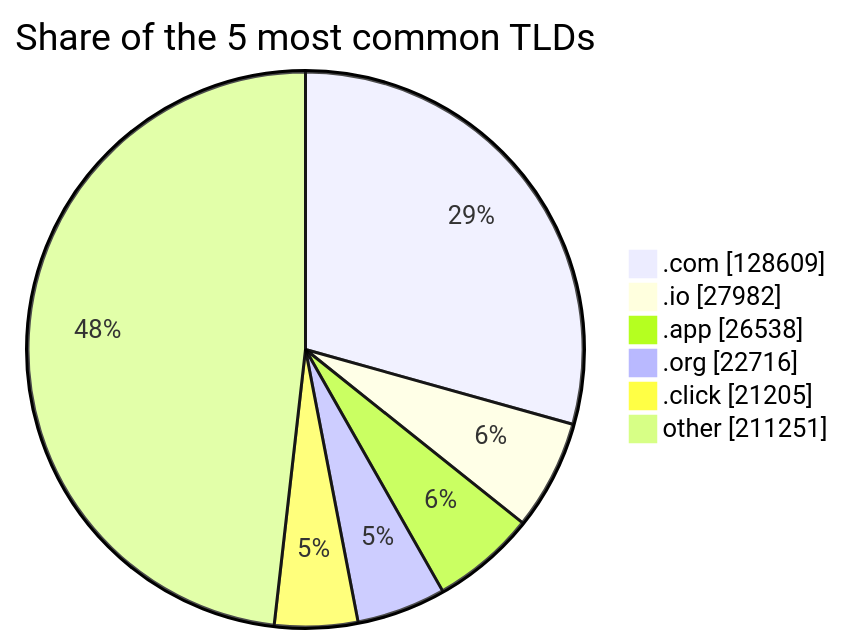
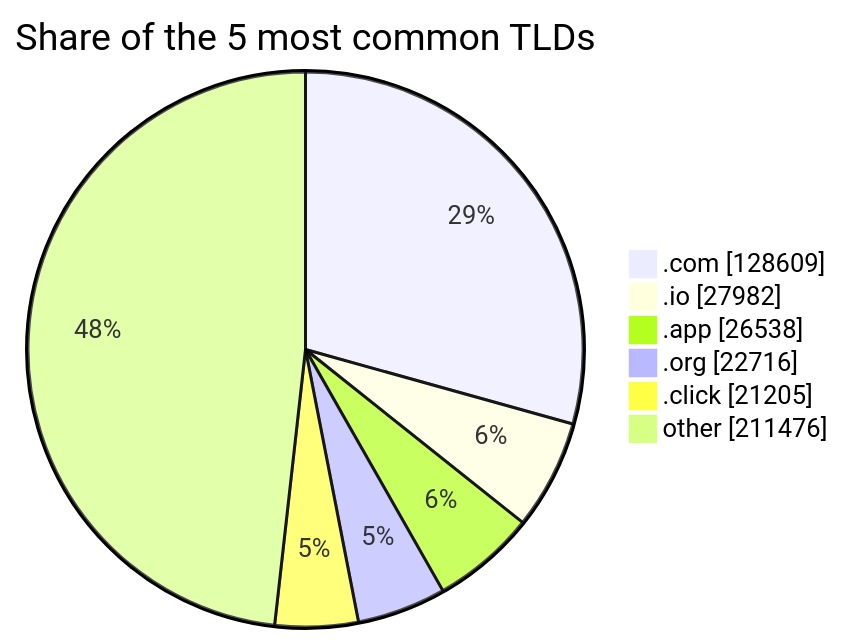
The third of 3 diagrams in README.md (DNSBunker/CTI), drawn with Mermaid before and after one commit. The commit also changed other lines of this file and 3 other files, not shown here.

````diff
--- a/README.md
+++ b/README.md
@@ -81,9 +81,9 @@
 ```mermaid
 pie showData title Share of the 5 most common TLDs
     ".com" : 128609
     ".io" : 27982
     ".app" : 26538
     ".org" : 22716
     ".click" : 21205
-    "other" : 211251
+    "other" : 211476
 ```
````
